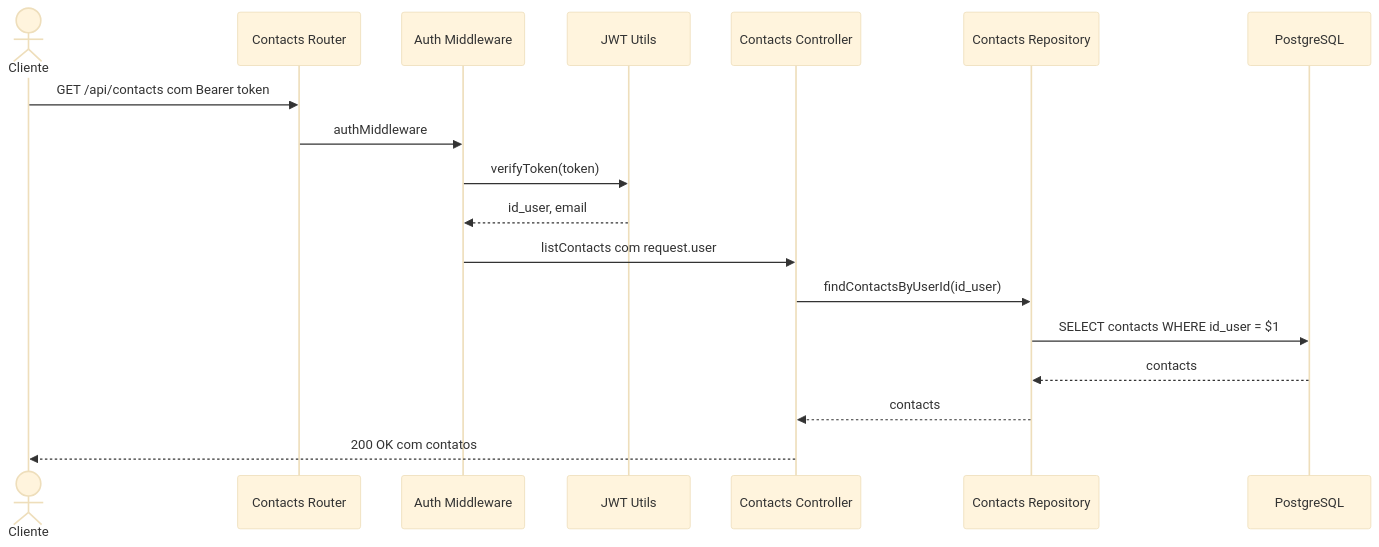
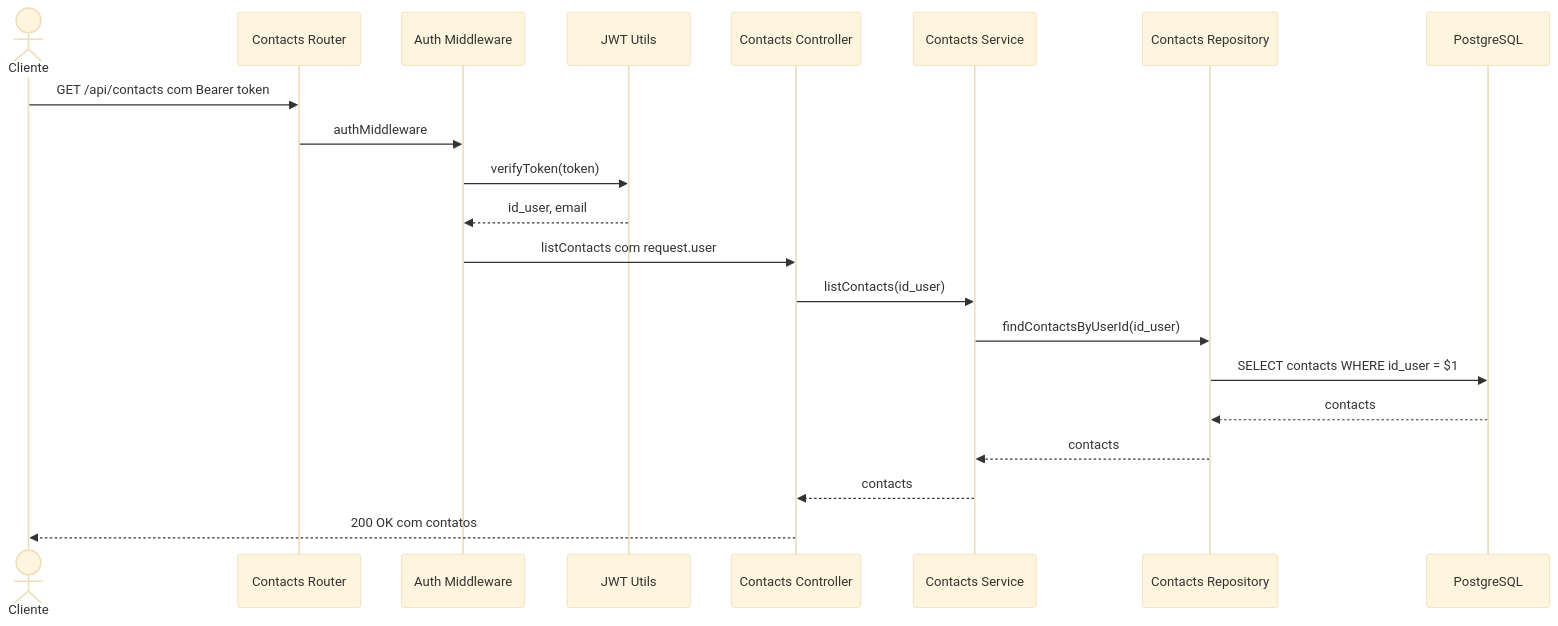
Before and after one commit to arleysouza/webII-server-types: the sixth of 6 diagrams in README.md, drawn with Mermaid (base theme). The commit also changed other lines of this file and 12 other files, not shown here.

````diff
--- a/README.md
+++ b/README.md
@@ -307,21 +382,24 @@
 ```mermaid
 sequenceDiagram
   actor Client as Cliente
   participant Router as Contacts Router
   participant Middleware as Auth Middleware
   participant JWT as JWT Utils
   participant Controller as Contacts Controller
+  participant Service as Contacts Service
   participant Repository as Contacts Repository
   participant DB as PostgreSQL
 
   Client->>Router: GET /api/contacts com Bearer token
   Router->>Middleware: authMiddleware
   Middleware->>JWT: verifyToken(token)
   JWT-->>Middleware: id_user, email
   Middleware->>Controller: listContacts com request.user
-  Controller->>Repository: findContactsByUserId(id_user)
+  Controller->>Service: listContacts(id_user)
+  Service->>Repository: findContactsByUserId(id_user)
   Repository->>DB: SELECT contacts WHERE id_user = $1
   DB-->>Repository: contacts
-  Repository-->>Controller: contacts
+  Repository-->>Service: contacts
+  Service-->>Controller: contacts
   Controller-->>Client: 200 OK com contatos
 ```
````
